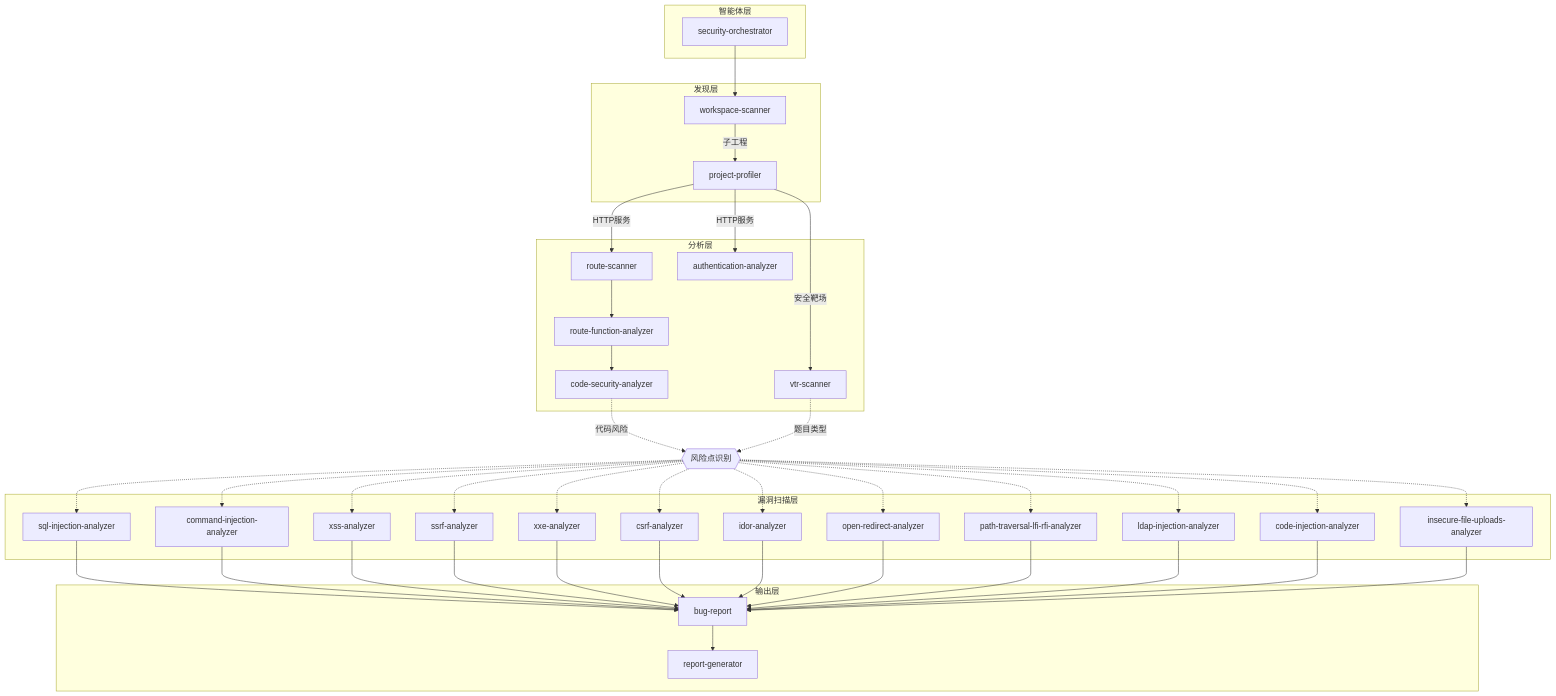
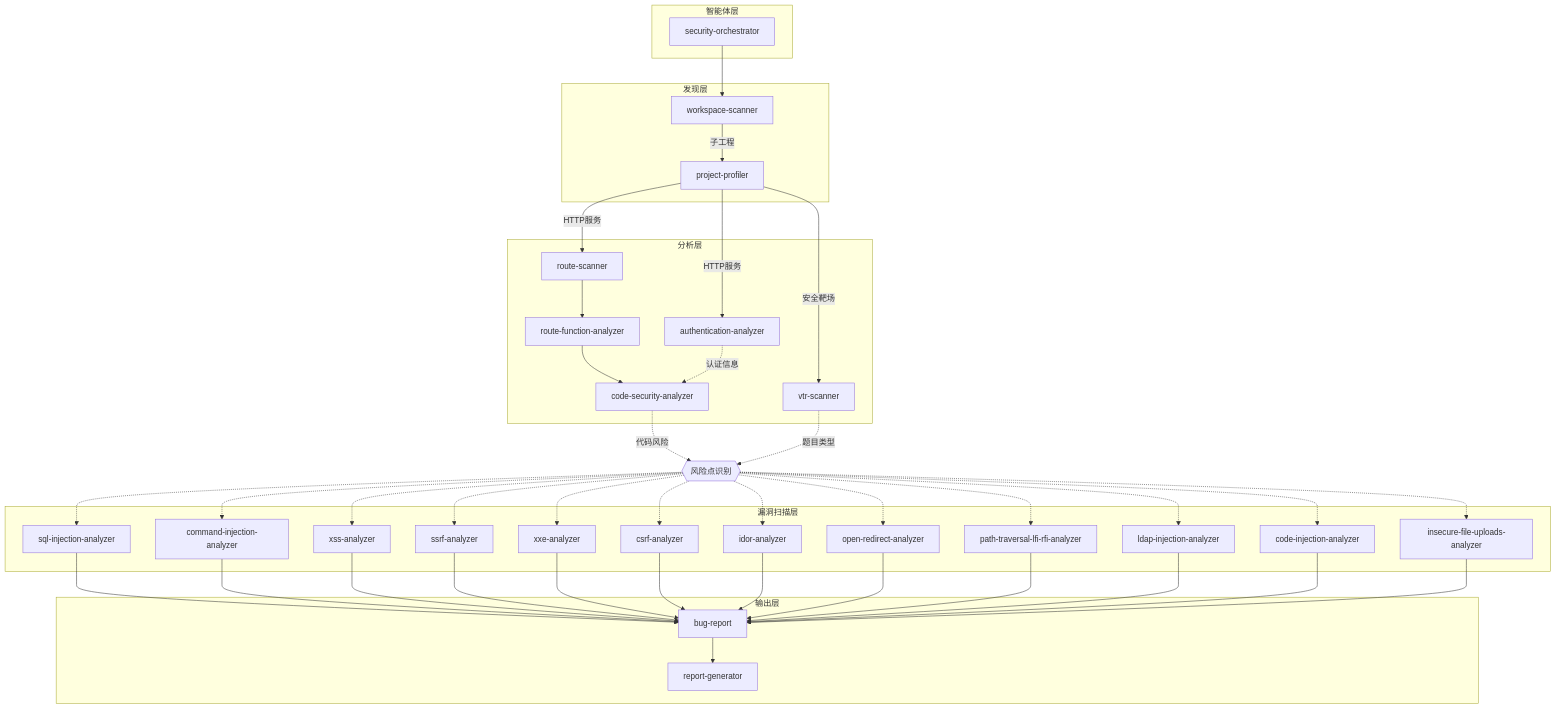
One commit to wzk2239115/mygoldmine changed the diagram in README.md. Above: the diagram before and after it, drawn with Mermaid.

Commit message:
docs: 添加 authentication-analyzer 与 code-security-analyzer 的产物依赖关系
🤖 Generated with [Claude Code](https://claude.com/claude-code)

```diff
--- a/README.md
+++ b/README.md
@@ -176,6 +176,9 @@
     RS --> RFA
     RFA --> CSA
 
+    %% 产物依赖关系
+    AA -.->|"认证信息"| CSA
+
     %% 虚拟节点：风险点识别
     RISK{{"风险点识别"}}
     CSA -.->|"代码风险"| RISK
```
